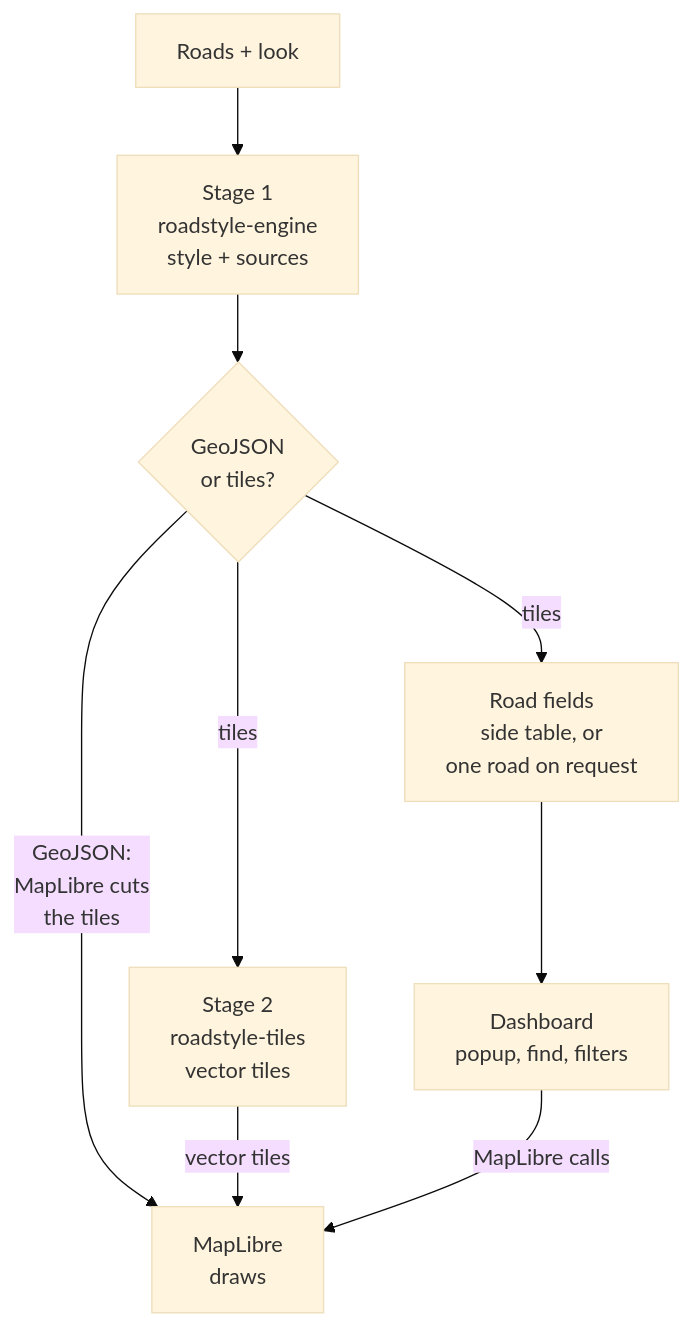
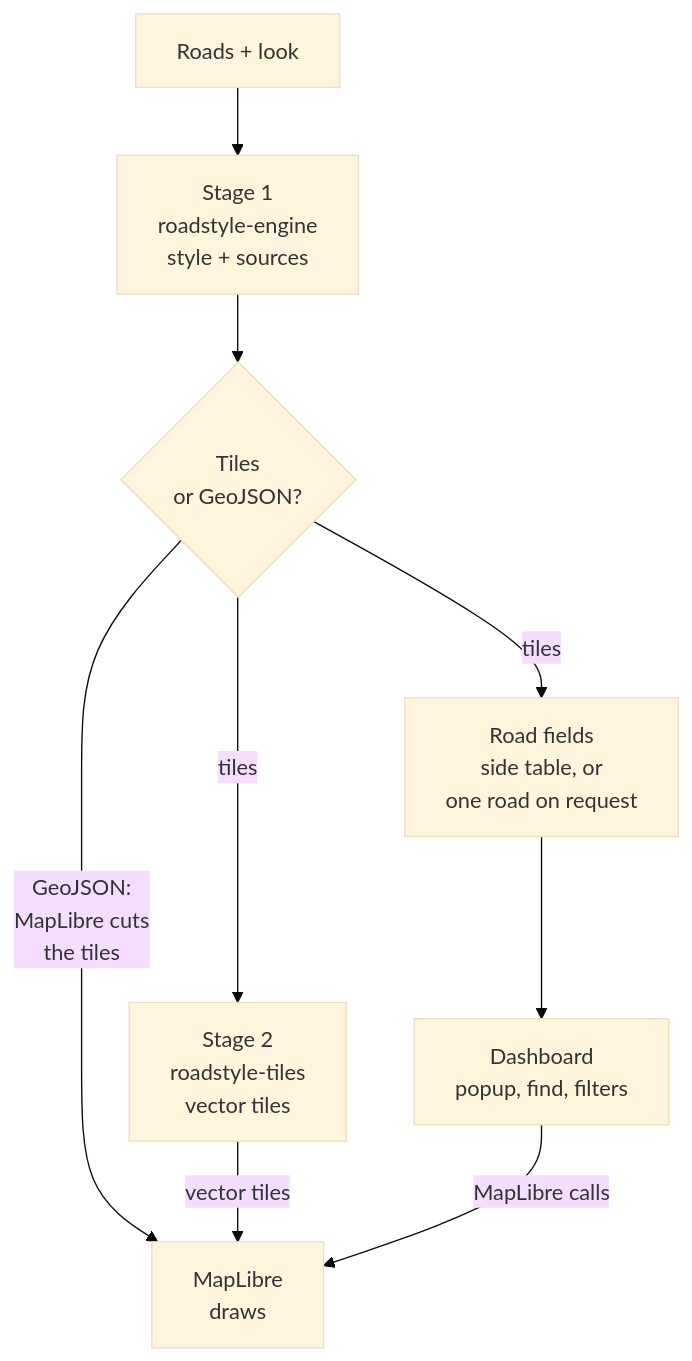
One commit to Khoshkhah/roadstyle changed the third of 6 diagrams in docs/rust/architecture.md. Above: the diagram before and after it, drawn with Mermaid (base theme). The commit also changed other lines of this file and 41 other files, not shown here.

````diff
--- a/docs/rust/architecture.md
+++ b/docs/rust/architecture.md
@@ -351,18 +388,18 @@
 ```mermaid
 flowchart TB
     inp["Roads + look"]
     s1["Stage 1<br/>roadstyle-engine<br/>style + sources"]
-    pick{"GeoJSON<br/>or tiles?"}
+    pick{"Tiles<br/>or GeoJSON?"}
     s2["Stage 2<br/>roadstyle-tiles<br/>vector tiles"]
     side["Road fields<br/>side table, or<br/>one road on request"]
     dash["Dashboard<br/>popup, find, filters"]
     ml["MapLibre<br/>draws"]
     inp --> s1
     s1 --> pick
     pick -->|"GeoJSON:<br/>MapLibre cuts<br/>the tiles"| ml
     pick -->|"tiles"| s2
     pick -->|"tiles"| side
     s2 -->|"vector tiles"| ml
     side --> dash
     dash -->|"MapLibre calls"| ml
 ```
````
